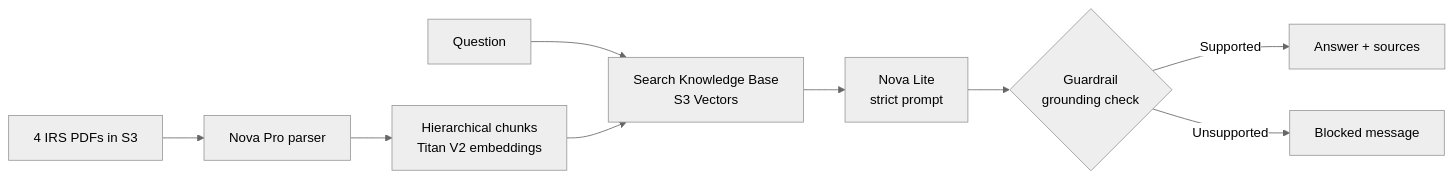
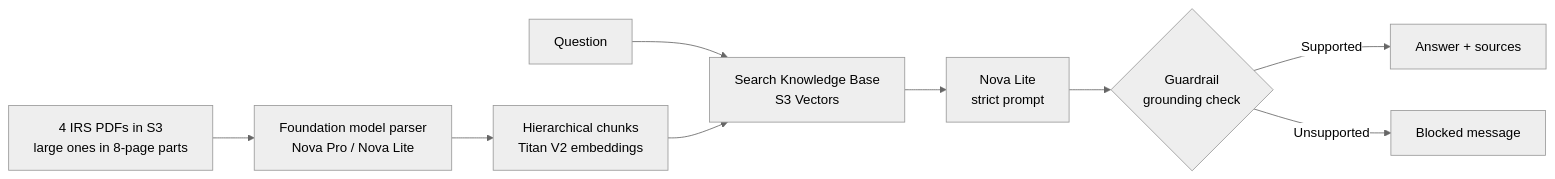
The diagram in README.md (Rusheekb/irs-tax-rag-bot), drawn with Mermaid (neutral theme) before and after one commit. The commit also changed other lines of this file and 3 other files, not shown here.

````diff
--- a/README.md
+++ b/README.md
@@ -15,9 +15,9 @@
 ```mermaid
 flowchart LR
     Q[Question] --> S[Search Knowledge Base<br/>S3 Vectors]
-    D[4 IRS PDFs in S3] --> P[Nova Pro parser] --> C[Hierarchical chunks<br/>Titan V2 embeddings] --> S
+    D[4 IRS PDFs in S3<br/>large ones in 8-page parts] --> P[Foundation model parser<br/>Nova Pro / Nova Lite] --> C[Hierarchical chunks<br/>Titan V2 embeddings] --> S
     S --> M[Nova Lite<br/>strict prompt]
     M --> G{Guardrail<br/>grounding check}
     G -->|Supported| A[Answer + sources]
     G -->|Unsupported| B[Blocked message]
 ```
````
